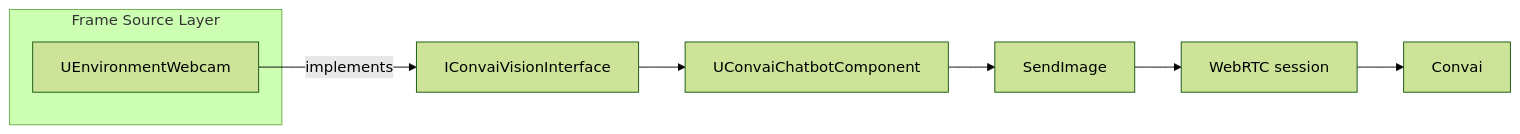
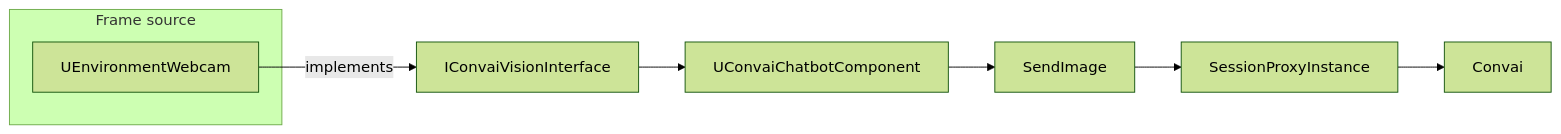
Before and after one commit to Conv-AI/Convai-Documentation: the diagram in plugins-and-integrations/convai-unreal-engine-plugin/features/vision/how-vision-works.md, drawn with Mermaid (forest theme). The commit also changed other lines of this file and 7 other files, not shown here.

First line of the commit message:
docs(unreal/vision): align vision section with plugin source

````diff
--- a/plugins-and-integrations/convai-unreal-engine-plugin/features/vision/how-vision-works.md
+++ b/plugins-and-integrations/convai-unreal-engine-plugin/features/vision/how-vision-works.md
@@ -13,18 +13,18 @@
 ```mermaid
 flowchart LR
-    subgraph FrameSource["Frame Source Layer"]
-        A[UEnvironmentWebcam]
+    subgraph frameSourceLayer["Frame source"]
+        environmentWebcam["UEnvironmentWebcam"]
     end
 
-    B[IConvaiVisionInterface]
-    C[UConvaiChatbotComponent]
-    D[SendImage]
-    E[WebRTC session]
-    F[Convai]
+    visionInterface["IConvaiVisionInterface"]
+    chatbot["UConvaiChatbotComponent"]
+    sendImage["SendImage"]
+    sessionProxy["SessionProxyInstance"]
+    convai["Convai"]
 
-    A -->|implements| B
-    B --> C
-    C --> D
-    D --> E
-    E --> F
+    environmentWebcam -->|"implements"| visionInterface
+    visionInterface --> chatbot
+    chatbot --> sendImage
+    sendImage --> sessionProxy
+    sessionProxy --> convai
 ```
````
